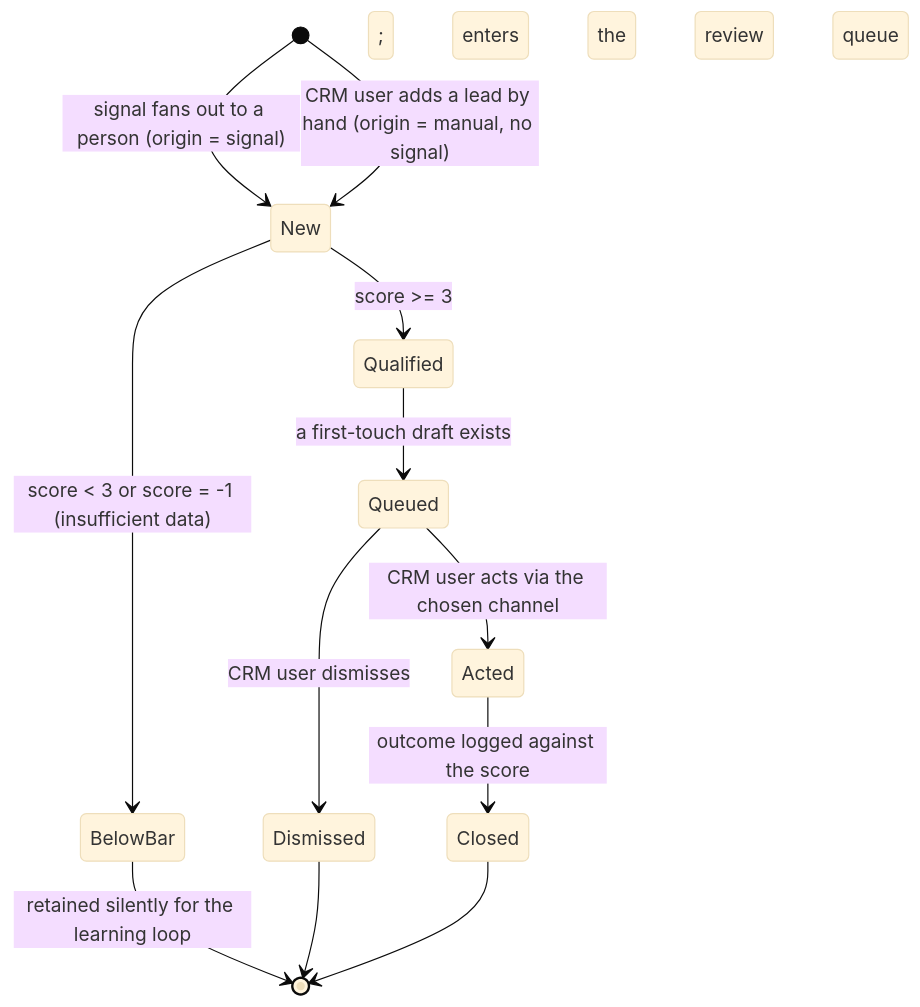
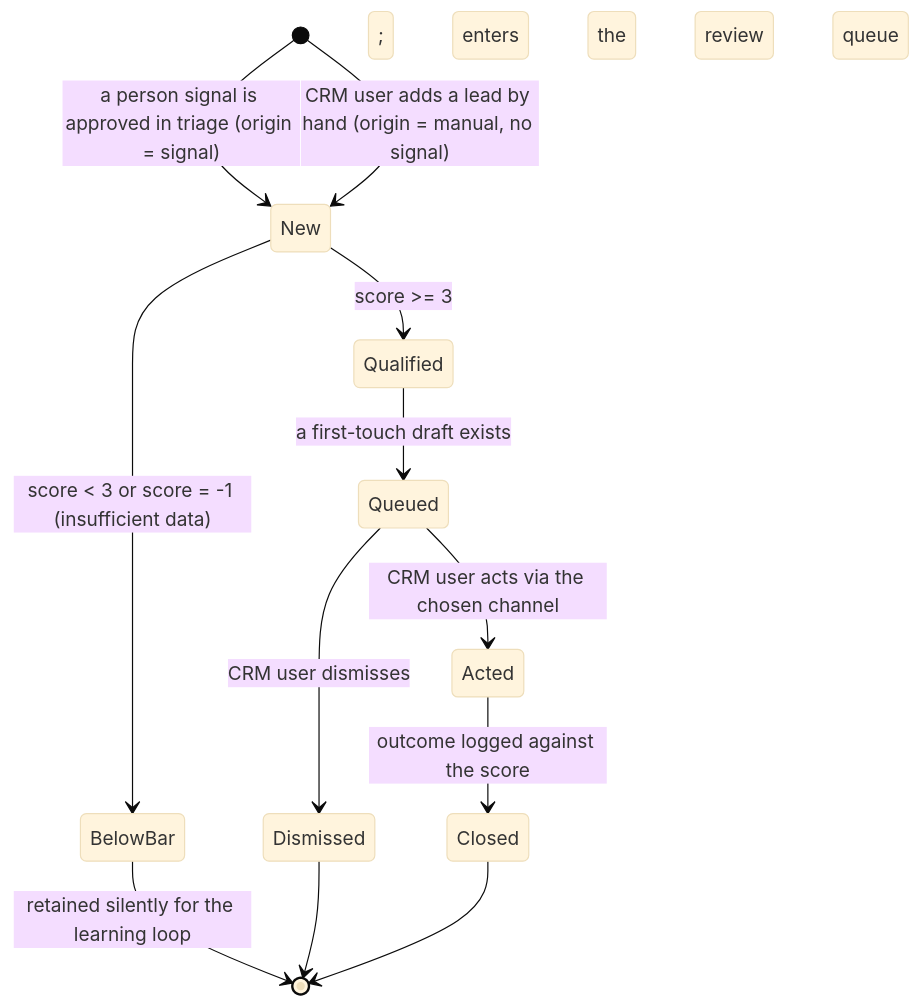
The third of 4 diagrams in docs/architecture/domain-model.md (m-ratnikov/wisery-crm), drawn with Mermaid (base theme) before and after one commit. The commit also changed other lines of this file and 116 other files, not shown here.

First line of the commit message:
Land content-marketing engagement model (universal triage, Person, posts, comments)

````diff
--- a/docs/architecture/domain-model.md
+++ b/docs/architecture/domain-model.md
@@ -164,14 +260,14 @@
 ```mermaid
 stateDiagram-v2
-    [*] --> New : signal fans out to a person (origin = signal)
+    [*] --> New : a person signal is approved in triage (origin = signal)
     [*] --> New : CRM user adds a lead by hand (origin = manual, no signal)
     New --> BelowBar : score < 3 or score = -1 (insufficient data)
     New --> Qualified : score >= 3
     Qualified --> Queued : a first-touch draft exists; enters the review queue
     Queued --> Acted : CRM user acts via the chosen channel
     Queued --> Dismissed : CRM user dismisses
     Acted --> Closed : outcome logged against the score
     BelowBar --> [*] : retained silently for the learning loop
     Dismissed --> [*]
     Closed --> [*]
 ```
````
